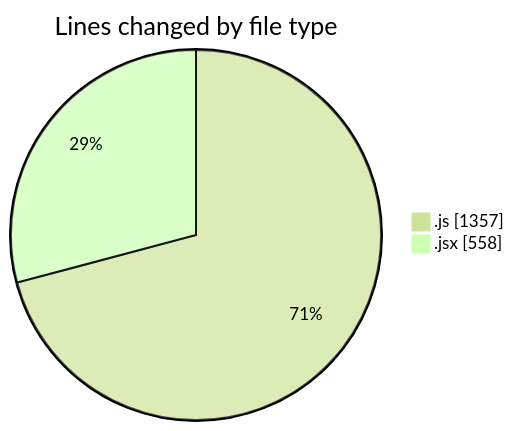
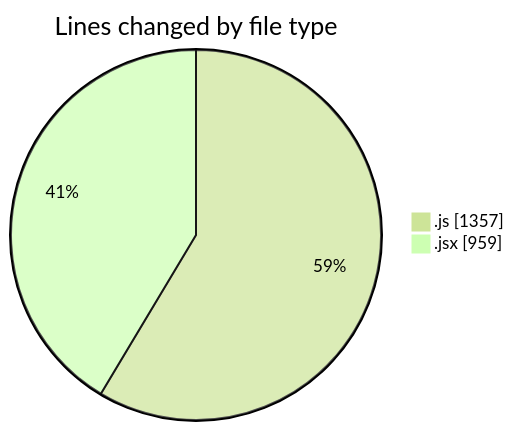
Before and after one commit to nxtqubesakshisongat/code-tracking: the first of 2 diagrams in 2025-08-05/nxtqube_webapp/README.md, drawn with Mermaid (forest theme). The commit also changed other lines of this file and 1 other file, not shown here.

````diff
--- a/2025-08-05/nxtqube_webapp/README.md
+++ b/2025-08-05/nxtqube_webapp/README.md
@@ -23,6 +24,6 @@
 ```mermaid
 pie showData
 title Lines changed by file type
 ".js" : 1357
-".jsx" : 558
+".jsx" : 959
 ```
````
